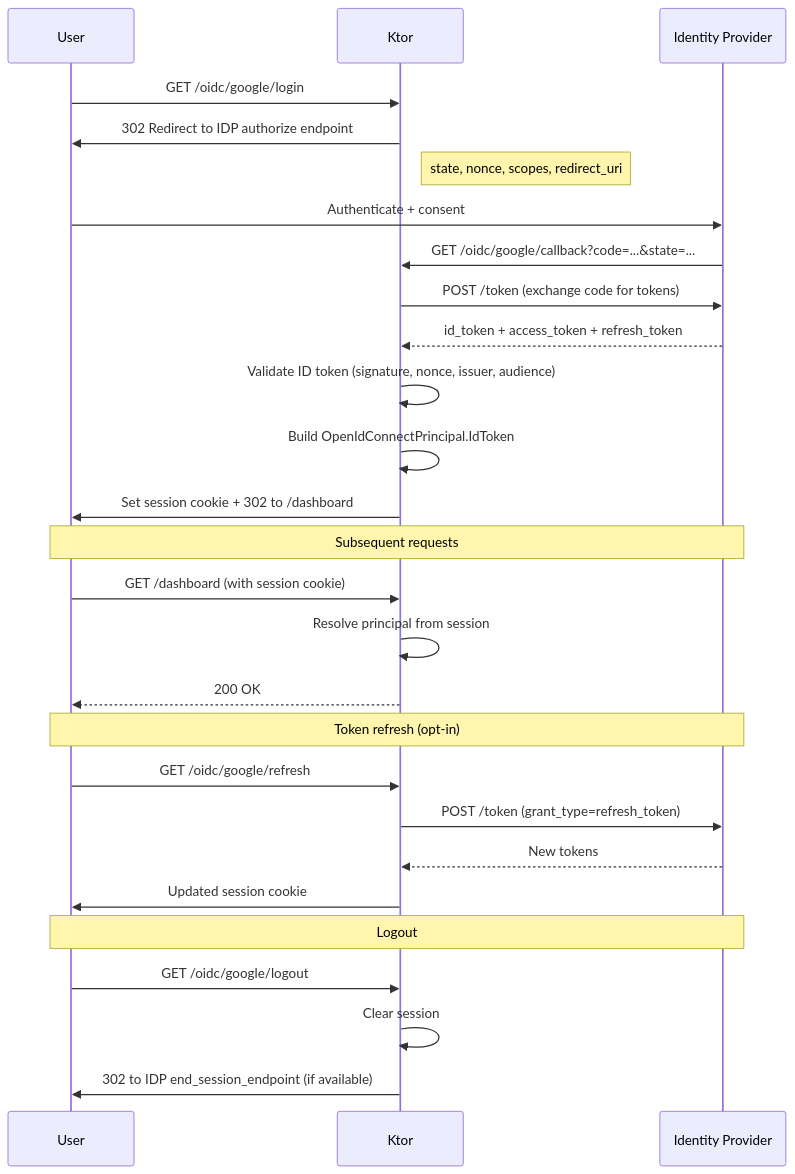
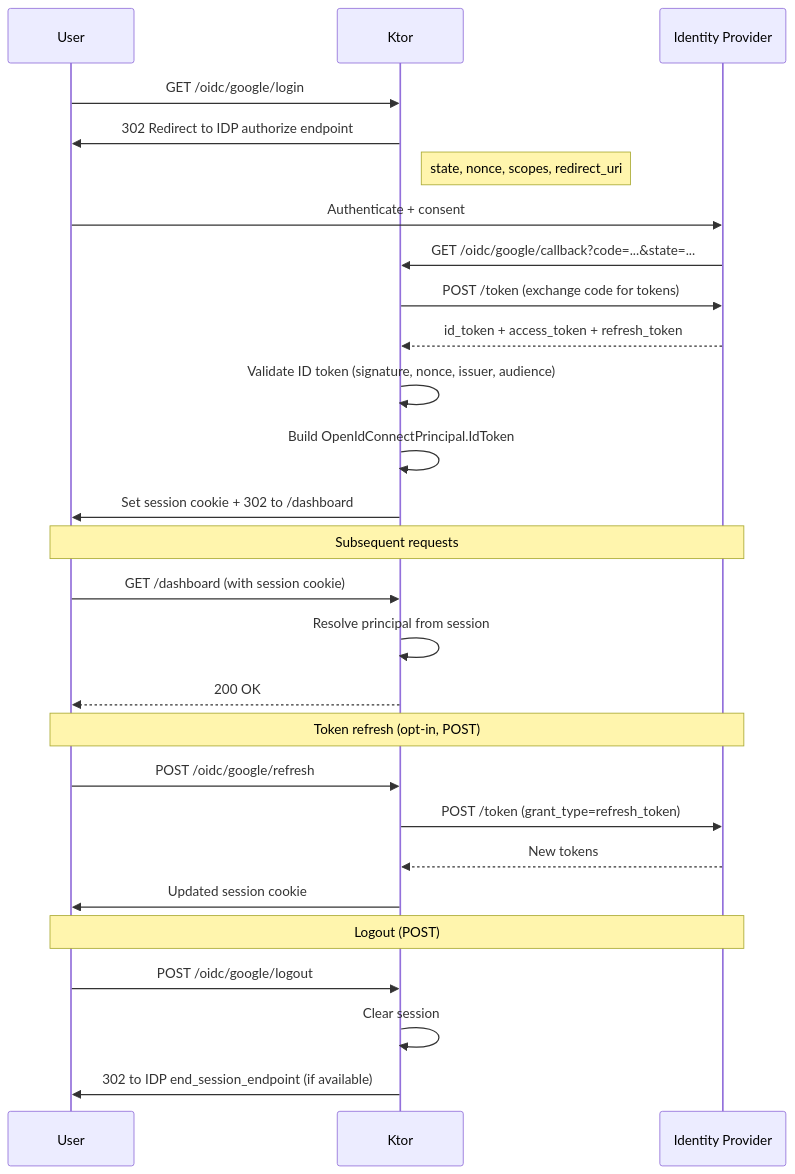
The second of 2 diagrams in proposals/0007-openid-connect-auth-3.5.md (ktorio/ktor-klip), drawn with Mermaid before and after one commit. The commit also changed other lines of this file, not shown here.

````diff
--- a/proposals/0007-openid-connect-auth-3.5.md
+++ b/proposals/0007-openid-connect-auth-3.5.md
@@ -227,33 +227,33 @@
 ```mermaid
 sequenceDiagram
     participant User
     participant Ktor
     participant IDP as Identity Provider
 
     User->>Ktor: GET /oidc/google/login
     Ktor->>User: 302 Redirect to IDP authorize endpoint
     Note right of Ktor: state, nonce, scopes, redirect_uri
     User->>IDP: Authenticate + consent
     IDP->>Ktor: GET /oidc/google/callback?code=...&state=...
     Ktor->>IDP: POST /token (exchange code for tokens)
     IDP-->>Ktor: id_token + access_token + refresh_token
     Ktor->>Ktor: Validate ID token (signature, nonce, issuer, audience)
     Ktor->>Ktor: Build OpenIdConnectPrincipal.IdToken
     Ktor->>User: Set session cookie + 302 to /dashboard
 
     Note over User,IDP: Subsequent requests
     User->>Ktor: GET /dashboard (with session cookie)
     Ktor->>Ktor: Resolve principal from session
     Ktor-->>User: 200 OK
 
-    Note over User,IDP: Token refresh (opt-in)
-    User->>Ktor: GET /oidc/google/refresh
+    Note over User,IDP: Token refresh (opt-in, POST)
+    User->>Ktor: POST /oidc/google/refresh
     Ktor->>IDP: POST /token (grant_type=refresh_token)
     IDP-->>Ktor: New tokens
     Ktor->>User: Updated session cookie
 
-    Note over User,IDP: Logout
-    User->>Ktor: GET /oidc/google/logout
+    Note over User,IDP: Logout (POST)
+    User->>Ktor: POST /oidc/google/logout
     Ktor->>Ktor: Clear session
     Ktor->>User: 302 to IDP end_session_endpoint (if available)
 ```
````
